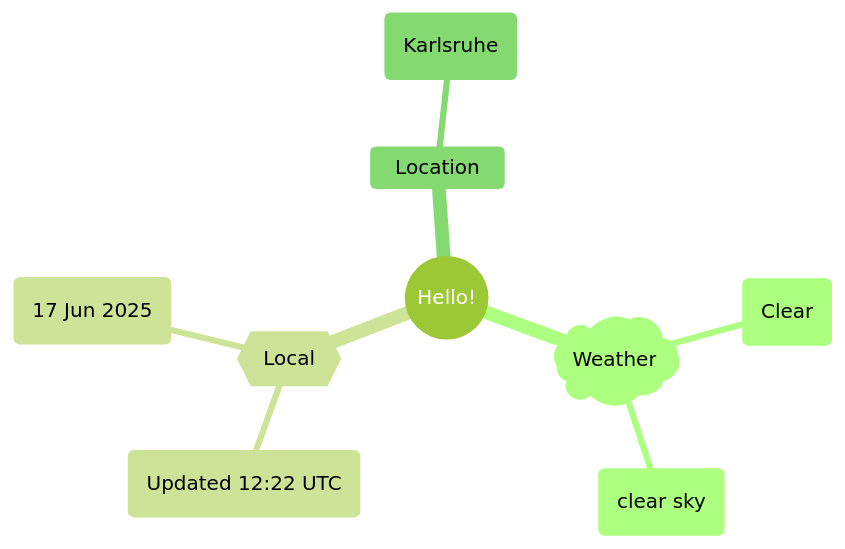
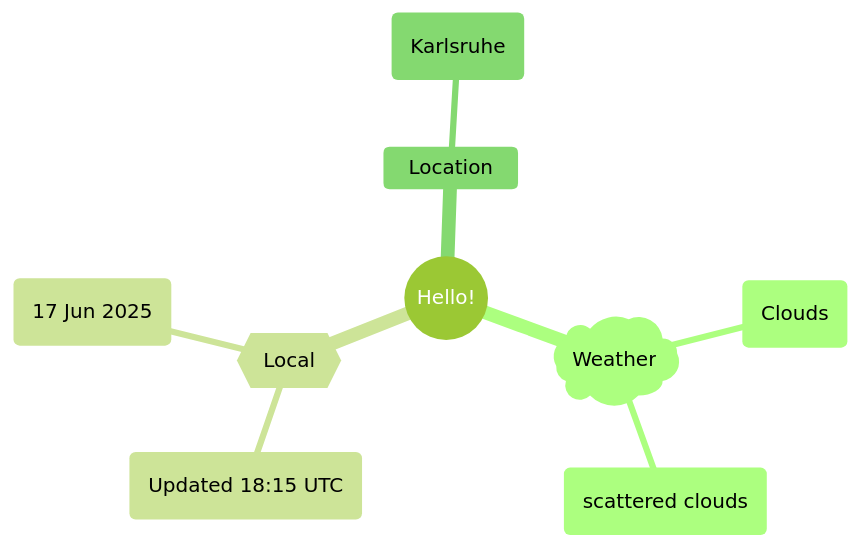
The first of 2 diagrams in README.md (Xosrov/Xosrov), drawn with Mermaid (forest theme) before and after one commit.

Commit message:
[bot] updated images

````diff
--- a/README.md
+++ b/README.md
@@ -3,12 +3,12 @@
 ```mermaid
 mindmap
   root((Hello!))
     )Weather(
-        (Clear)
-        (clear sky)
+        (Clouds)
+        (scattered clouds)
     {{Local}}
-        (Updated 12:22 UTC)
+        (Updated 18:15 UTC)
         (17 Jun 2025)
     Location
         (Karlsruhe)
 ```
````
